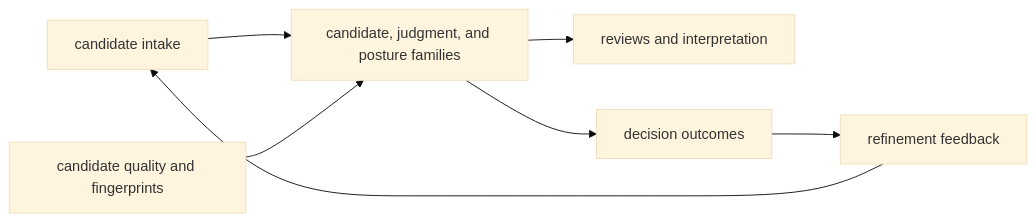
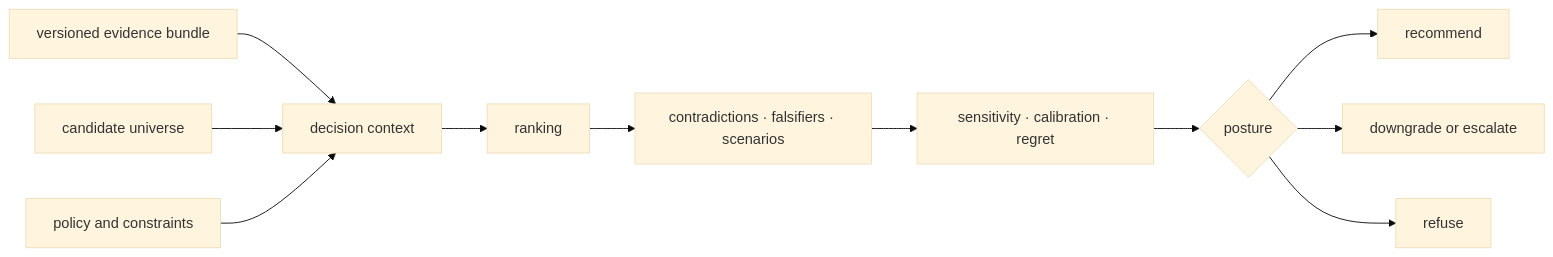
The first of 2 diagrams in docs/05-bijux-proteomics-intelligence/architecture/index.md (bijux/bijux-proteomics), drawn with Mermaid (base theme) before and after one commit. The commit also changed other lines of this file and 3 other files, not shown here.

````diff
--- a/docs/05-bijux-proteomics-intelligence/architecture/index.md
+++ b/docs/05-bijux-proteomics-intelligence/architecture/index.md
@@ -17,16 +18,13 @@
 ```mermaid
 flowchart LR
-    candidates["candidate intake"]
-    metrics["candidate quality and fingerprints"]
-    policies["candidate, judgment, and posture families"]
-    briefs["reviews and interpretation"]
-    outcomes["decision outcomes"]
-    loop["refinement feedback"]
-
-    candidates --> policies
-    metrics --> policies
-    policies --> briefs
-    policies --> outcomes
-    outcomes --> loop
-    loop --> candidates
+    E["versioned evidence bundle"] --> C["decision context"]
+    U["candidate universe"] --> C
+    P["policy and constraints"] --> C
+    C --> R["ranking"]
+    R --> H["contradictions · falsifiers · scenarios"]
+    H --> S["sensitivity · calibration · regret"]
+    S --> O{"posture"}
+    O --> A["recommend"]
+    O --> D["downgrade or escalate"]
+    O --> F["refuse"]
 ```
````
